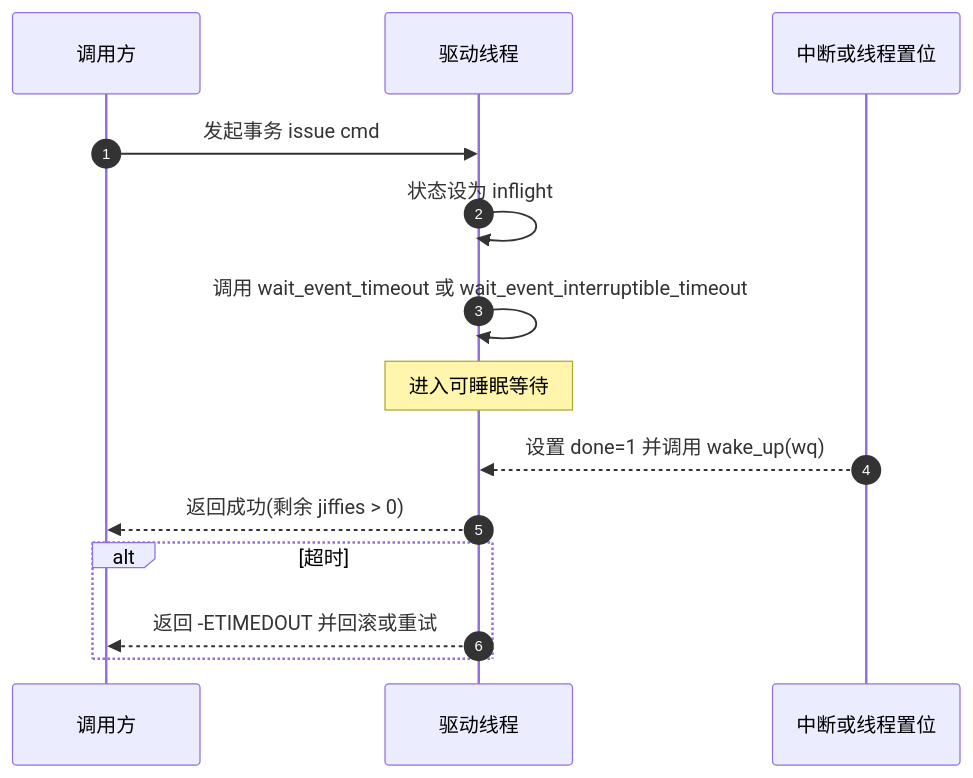
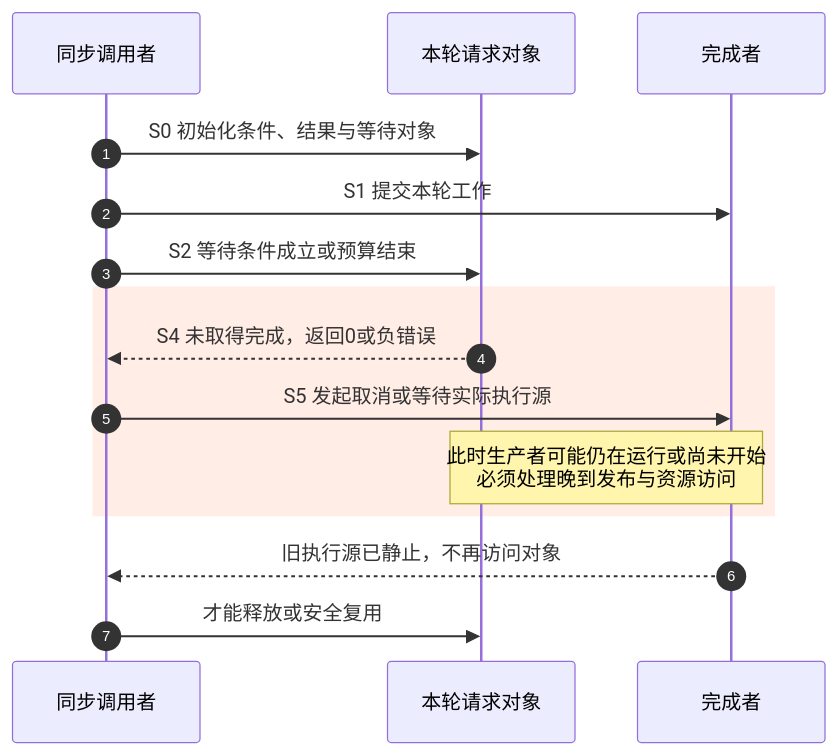
The third of 3 diagrams in knowledge/linux/synchronization_and_asynchrony/asynchrony/timers/P07_睡眠与超时调度接口.md (FormingSystem/linux_note), drawn with Mermaid before and after one commit. The commit also changed other lines of this file and 1 other file, not shown here.

````diff
--- a/knowledge/linux/synchronization_and_asynchrony/asynchrony/timers/P07_睡眠与超时调度接口.md
+++ b/knowledge/linux/synchronization_and_asynchrony/asynchrony/timers/P07_睡眠与超时调度接口.md
@@ -418,16 +194,17 @@
 ```mermaid
 sequenceDiagram
-  autonumber
-  participant U as 调用方
-  participant T as 驱动线程
-  participant IRQ as 中断或线程置位
-  U->>T: 发起事务 issue cmd
-  T->>T: 状态设为 inflight
-  T->>T: 调用 wait_event_timeout 或 wait_event_interruptible_timeout
-  Note over T: 进入可睡眠等待
-  IRQ-->>T: 设置 done=1 并调用 wake_up(wq)
-  T-->>U: 返回成功(剩余 jiffies > 0)
-  alt 超时
-    T-->>U: 返回 -ETIMEDOUT 并回滚或重试
-  end
+    autonumber
+    participant W as 同步调用者
+    participant R as 本轮请求对象
+    participant P as 完成者
+    W->>R: S0 初始化条件、结果与等待对象
+    W->>P: S1 提交本轮工作
+    W->>R: S2 等待条件成立或预算结束
+    rect rgb(255, 237, 230)
+        R-->>W: S4 未取得完成，返回0或负错误
+        W->>P: S5 发起取消或等待实际执行源
+        Note over P,R: 此时生产者可能仍在运行或尚未开始<br/>必须处理晚到发布与资源访问
+    end
+    P-->>W: 旧执行源已静止，不再访问对象
+    W->>R: 才能释放或安全复用
 ```
````
